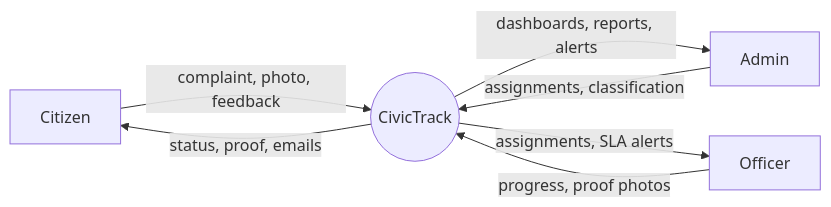
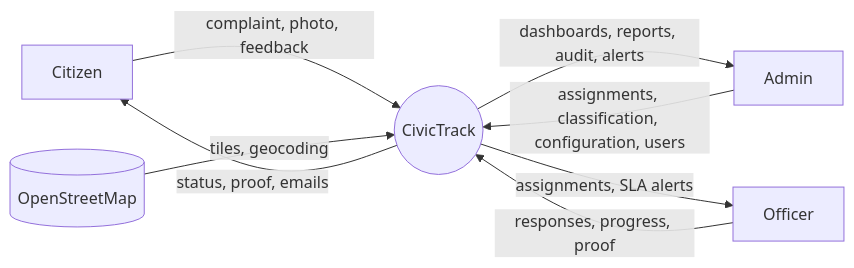
One commit to Yashwin2318/CivicTrack changed the ninth of 10 diagrams in docs/UML_DIAGRAMS.md. Above: the diagram before and after it, drawn with Mermaid. The commit also changed other lines of this file and 58 other files, not shown here.

````diff
--- a/docs/UML_DIAGRAMS.md
+++ b/docs/UML_DIAGRAMS.md
@@ -290,9 +351,10 @@
 ```mermaid
 flowchart LR
   Citizen -- complaint, photo, feedback --> CT((CivicTrack))
   CT -- status, proof, emails --> Citizen
-  Admin -- assignments, classification --> CT
-  CT -- dashboards, reports, alerts --> Admin
-  Officer -- progress, proof photos --> CT
+  Admin -- assignments, classification, configuration, users --> CT
+  CT -- dashboards, reports, audit, alerts --> Admin
+  Officer -- responses, progress, proof --> CT
   CT -- assignments, SLA alerts --> Officer
+  OSM[(OpenStreetMap)] -- tiles, geocoding --> CT
 ```
````
